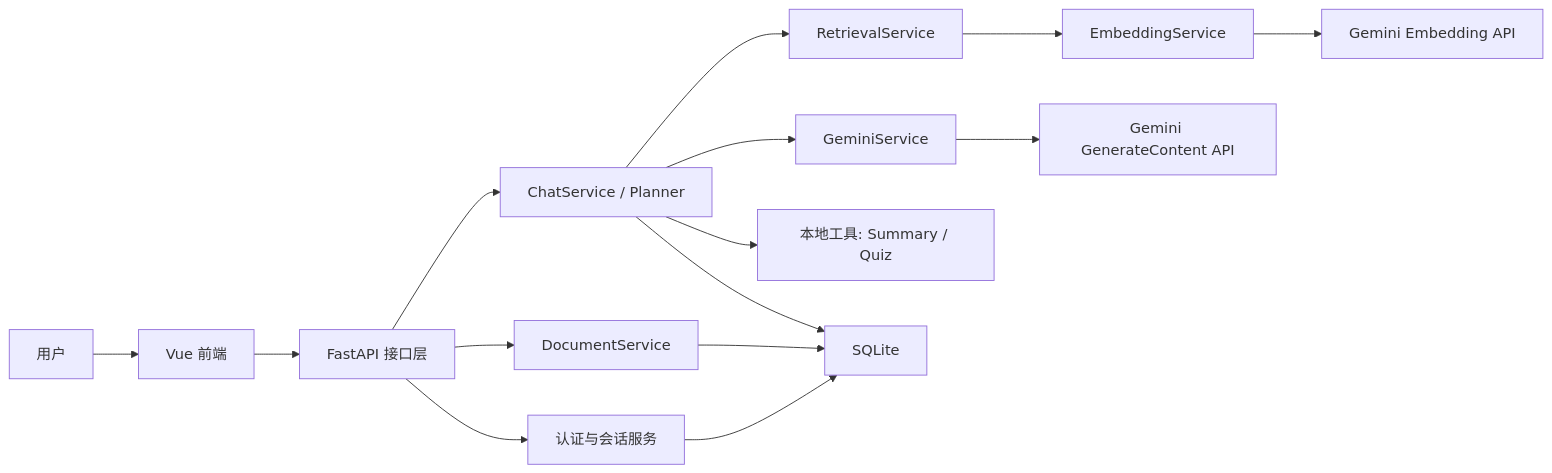
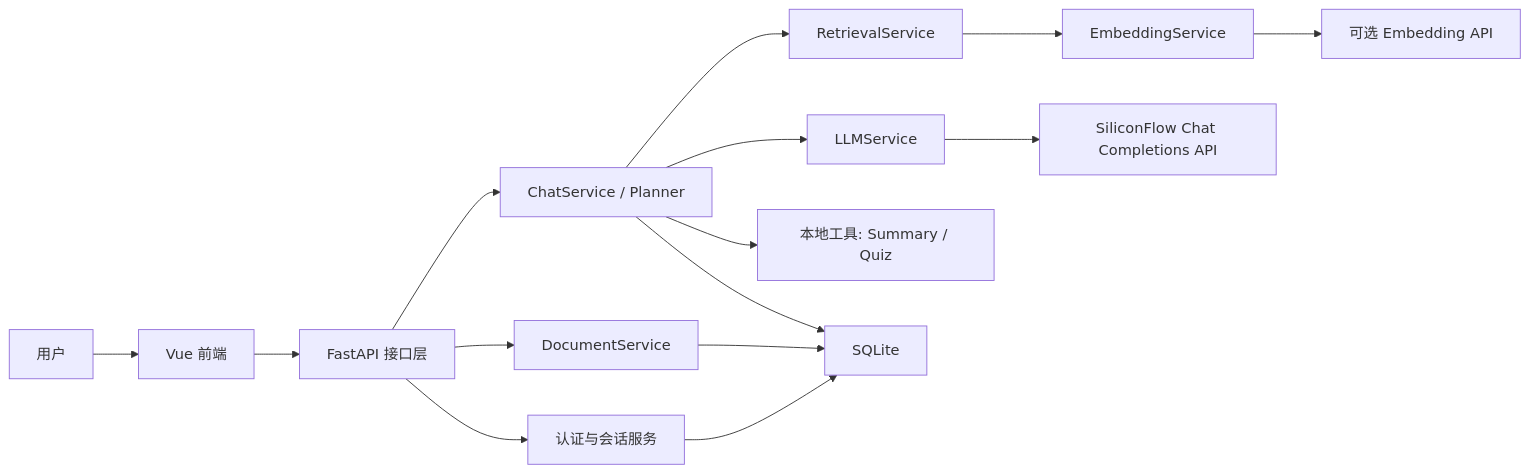
The first of 2 diagrams in docs/final-architecture.md (chenguo6666/Agent_EducattionAssistant), drawn with Mermaid before and after one commit. The commit also changed other lines of this file and 14 other files, not shown here.

````diff
--- a/docs/final-architecture.md
+++ b/docs/final-architecture.md
@@ -14,17 +14,17 @@
 ```mermaid
 flowchart LR
     U["用户"] --> F["Vue 前端"]
     F --> A["FastAPI 接口层"]
     A --> S["认证与会话服务"]
     A --> C["ChatService / Planner"]
     A --> D["DocumentService"]
     C --> R["RetrievalService"]
     R --> E["EmbeddingService"]
-    C --> G["GeminiService"]
+    C --> G["LLMService"]
     C --> T["本地工具: Summary / Quiz"]
     S --> DB["SQLite"]
     D --> DB
     C --> DB
-    E --> GM["Gemini Embedding API"]
-    G --> GG["Gemini GenerateContent API"]
+    E --> GM["可选 Embedding API"]
+    G --> GG["SiliconFlow Chat Completions API"]
 ```
````
